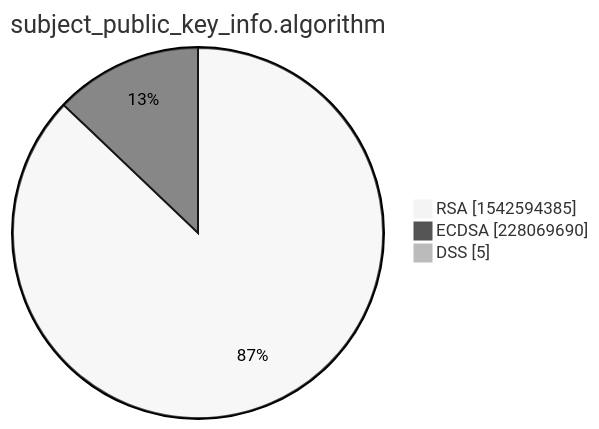
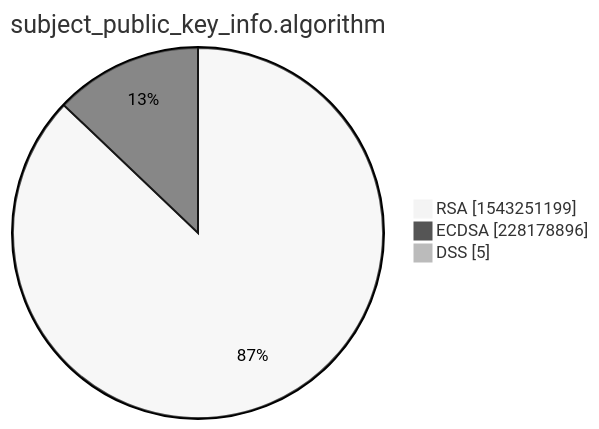
One commit to christiankrug/ctmonitor_visualization changed the third of 15 diagrams in xenon2022/README.md. Above: the diagram before and after it, drawn with Mermaid (neutral theme). The commit also changed other lines of this file, not shown here.

````diff
--- a/xenon2022/README.md
+++ b/xenon2022/README.md
@@ -14,7 +14,7 @@
 ```mermaid
 pie showData
 title subject_public_key_info.algorithm
-"RSA" :1542594385
-"ECDSA" :228069690
+"RSA" :1543251199
+"ECDSA" :228178896
 "DSS" :5
 ```
````
